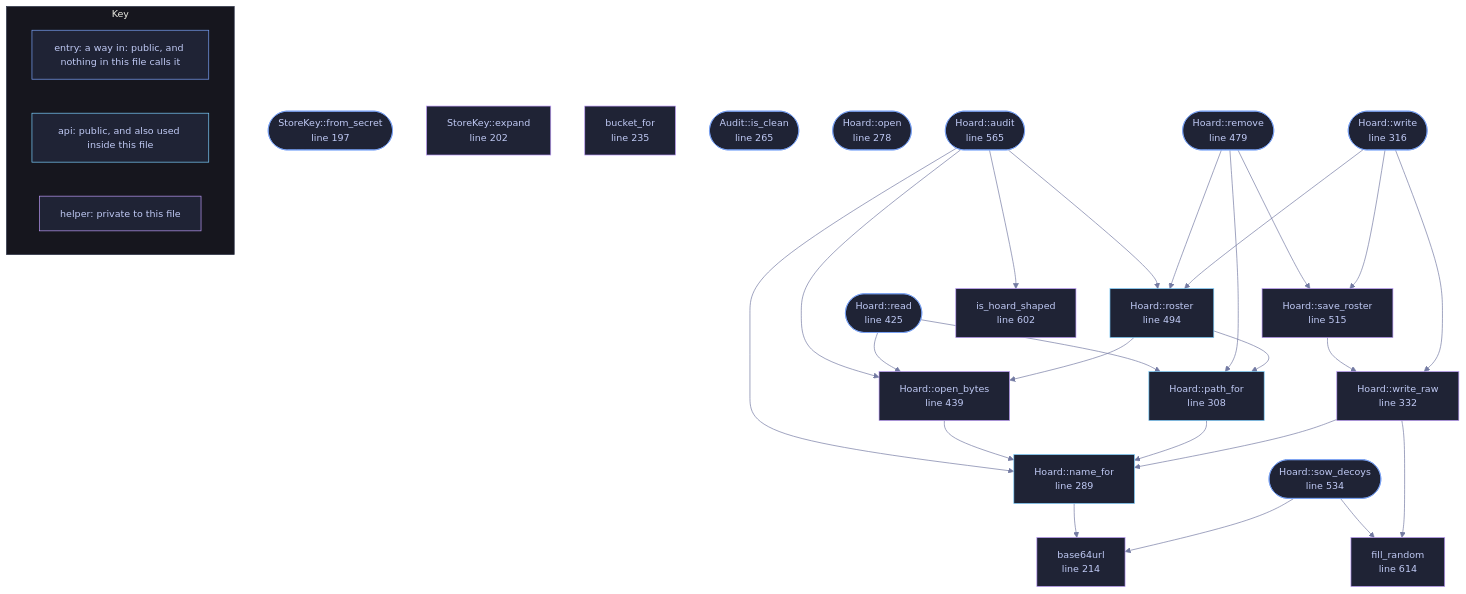
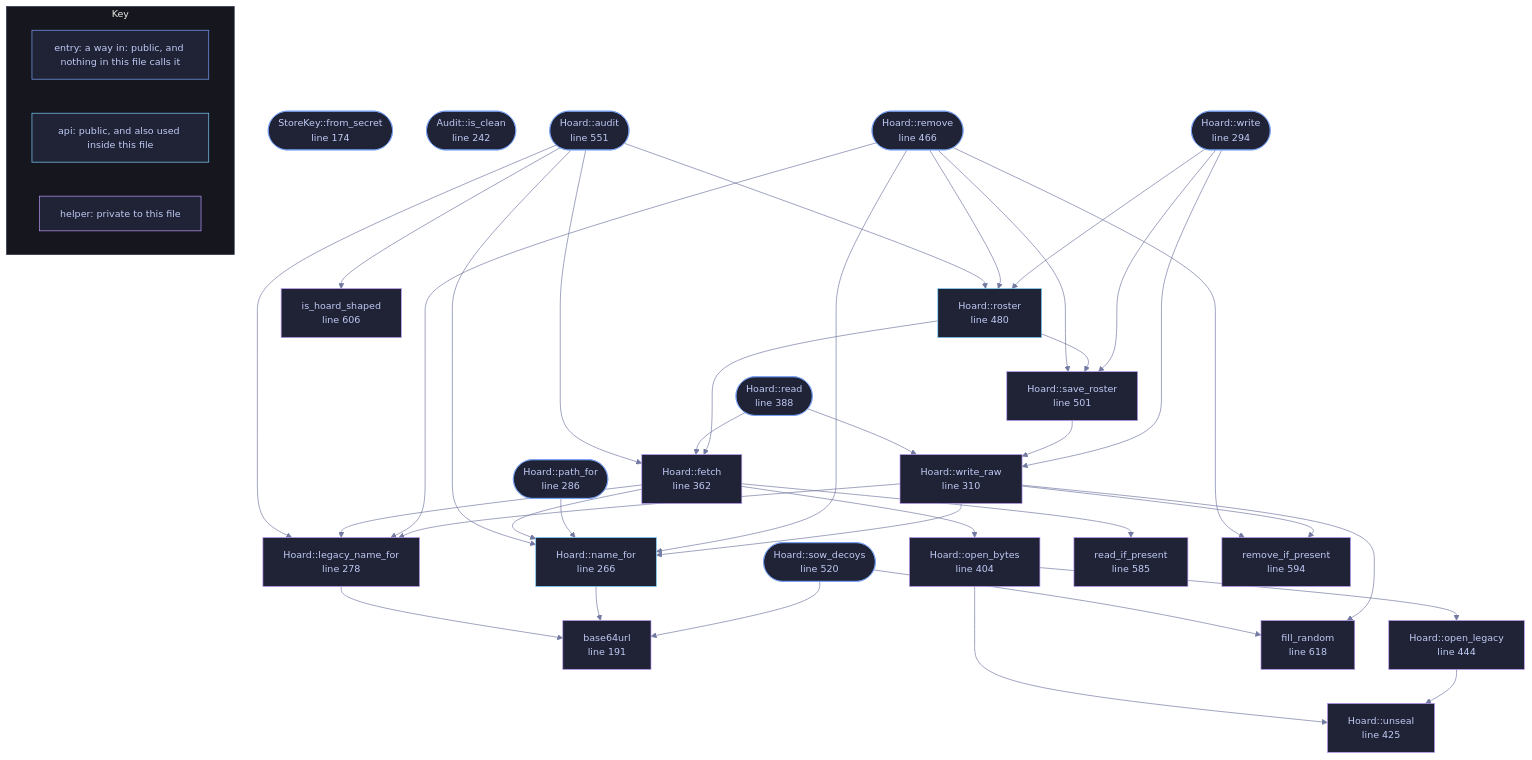
One commit to tilas01/veilvoice changed the diagram in docs/files/veilvoice-crypto/hoard.md. Above: the diagram before and after it, drawn with Mermaid. The commit also changed other lines of this file and 514 other files, not shown here.

````diff
--- a/docs/files/veilvoice-crypto/hoard.md
+++ b/docs/files/veilvoice-crypto/hoard.md
@@ -198,39 +192,52 @@
 ```mermaid
 %%{init: {"theme":"base","themeVariables":{"background":"#1a1b26","primaryColor":"#1f2335","primaryTextColor":"#c0caf5","primaryBorderColor":"#7aa2f7","secondaryColor":"#16161e","tertiaryColor":"#16161e","lineColor":"#737aa2","textColor":"#c0caf5","mainBkg":"#1f2335","nodeBorder":"#7aa2f7","clusterBkg":"#16161e","clusterBorder":"#2f3549","fontFamily":"ui-monospace, SFMono-Regular, Consolas, monospace","fontSize":"14px"}}}%%
 flowchart TD
-    n_from_secret(["StoreKey::from_secret<br/>line 197"])
-    n_expand["StoreKey::expand<br/>line 202"]
-    n_base64url["base64url<br/>line 214"]
-    n_bucket_for["bucket_for<br/>line 235"]
-    n_is_clean(["Audit::is_clean<br/>line 265"])
-    n_open(["Hoard::open<br/>line 278"])
-    n_name_for["Hoard::name_for<br/>line 289"]
-    n_path_for["Hoard::path_for<br/>line 308"]
-    n_write(["Hoard::write<br/>line 316"])
-    n_write_raw["Hoard::write_raw<br/>line 332"]
-    n_read(["Hoard::read<br/>line 425"])
-    n_open_bytes["Hoard::open_bytes<br/>line 439"]
-    n_remove(["Hoard::remove<br/>line 479"])
-    n_roster["Hoard::roster<br/>line 494"]
-    n_save_roster["Hoard::save_roster<br/>line 515"]
-    n_sow_decoys(["Hoard::sow_decoys<br/>line 534"])
-    n_audit(["Hoard::audit<br/>line 565"])
-    n_is_hoard_shaped["is_hoard_shaped<br/>line 602"]
-    n_fill_random["fill_random<br/>line 614"]
+    n_from_secret(["StoreKey::from_secret<br/>line 174"])
+    n_base64url["base64url<br/>line 191"]
+    n_is_clean(["Audit::is_clean<br/>line 242"])
+    n_name_for["Hoard::name_for<br/>line 266"]
+    n_legacy_name_for["Hoard::legacy_name_for<br/>line 278"]
+    n_path_for(["Hoard::path_for<br/>line 286"])
+    n_write(["Hoard::write<br/>line 294"])
+    n_write_raw["Hoard::write_raw<br/>line 310"]
+    n_fetch["Hoard::fetch<br/>line 362"]
+    n_read(["Hoard::read<br/>line 388"])
+    n_open_bytes["Hoard::open_bytes<br/>line 404"]
+    n_unseal["Hoard::unseal<br/>line 425"]
+    n_open_legacy["Hoard::open_legacy<br/>line 444"]
+    n_remove(["Hoard::remove<br/>line 466"])
+    n_roster["Hoard::roster<br/>line 480"]
+    n_save_roster["Hoard::save_roster<br/>line 501"]
+    n_sow_decoys(["Hoard::sow_decoys<br/>line 520"])
+    n_audit(["Hoard::audit<br/>line 551"])
+    n_read_if_present["read_if_present<br/>line 585"]
+    n_remove_if_present["remove_if_present<br/>line 594"]
+    n_is_hoard_shaped["is_hoard_shaped<br/>line 606"]
+    n_fill_random["fill_random<br/>line 618"]
+    n_audit --> n_fetch
     n_audit --> n_is_hoard_shaped
+    n_audit --> n_legacy_name_for
     n_audit --> n_name_for
-    n_audit --> n_open_bytes
     n_audit --> n_roster
+    n_fetch --> n_legacy_name_for
+    n_fetch --> n_name_for
+    n_fetch --> n_open_bytes
+    n_fetch --> n_read_if_present
+    n_legacy_name_for --> n_base64url
     n_name_for --> n_base64url
-    n_open_bytes --> n_name_for
+    n_open_bytes --> n_open_legacy
+    n_open_bytes --> n_unseal
+    n_open_legacy --> n_unseal
     n_path_for --> n_name_for
-    n_read --> n_open_bytes
-    n_read --> n_path_for
-    n_remove --> n_path_for
+    n_read --> n_fetch
+    n_read --> n_write_raw
+    n_remove --> n_legacy_name_for
+    n_remove --> n_name_for
+    n_remove --> n_remove_if_present
     n_remove --> n_roster
     n_remove --> n_save_roster
-    n_roster --> n_open_bytes
-    n_roster --> n_path_for
+    n_roster --> n_fetch
+    n_roster --> n_save_roster
     n_save_roster --> n_write_raw
     n_sow_decoys --> n_base64url
     n_sow_decoys --> n_fill_random
@@ -238,32 +245,37 @@
     n_write --> n_save_roster
     n_write --> n_write_raw
     n_write_raw --> n_fill_random
+    n_write_raw --> n_legacy_name_for
     n_write_raw --> n_name_for
-    click n_from_secret href "https://github.com/tilas01/veilvoice/blob/main/crates/veilvoice-crypto/src/hoard.rs#L197" "open the source"
-    click n_expand href "https://github.com/tilas01/veilvoice/blob/main/crates/veilvoice-crypto/src/hoard.rs#L202" "open the source"
-    click n_base64url href "https://github.com/tilas01/veilvoice/blob/main/crates/veilvoice-crypto/src/hoard.rs#L214" "open the source"
-    click n_bucket_for href "https://github.com/tilas01/veilvoice/blob/main/crates/veilvoice-crypto/src/hoard.rs#L235" "open the source"
-    click n_is_clean href "https://github.com/tilas01/veilvoice/blob/main/crates/veilvoice-crypto/src/hoard.rs#L265" "open the source"
-    click n_open href "https://github.com/tilas01/veilvoice/blob/main/crates/veilvoice-crypto/src/hoard.rs#L278" "open the source"
-    click n_name_for href "https://github.com/tilas01/veilvoice/blob/main/crates/veilvoice-crypto/src/hoard.rs#L289" "open the source"
-    click n_path_for href "https://github.com/tilas01/veilvoice/blob/main/crates/veilvoice-crypto/src/hoard.rs#L308" "open the source"
-    click n_write href "https://github.com/tilas01/veilvoice/blob/main/crates/veilvoice-crypto/src/hoard.rs#L316" "open the source"
-    click n_write_raw href "https://github.com/tilas01/veilvoice/blob/main/crates/veilvoice-crypto/src/hoard.rs#L332" "open the source"
-    click n_read href "https://github.com/tilas01/veilvoice/blob/main/crates/veilvoice-crypto/src/hoard.rs#L425" "open the source"
-    click n_open_bytes href "https://github.com/tilas01/veilvoice/blob/main/crates/veilvoice-crypto/src/hoard.rs#L439" "open the source"
-    click n_remove href "https://github.com/tilas01/veilvoice/blob/main/crates/veilvoice-crypto/src/hoard.rs#L479" "open the source"
-    click n_roster href "https://github.com/tilas01/veilvoice/blob/main/crates/veilvoice-crypto/src/hoard.rs#L494" "open the source"
-    click n_save_roster href "https://github.com/tilas01/veilvoice/blob/main/crates/veilvoice-crypto/src/hoard.rs#L515" "open the source"
-    click n_sow_decoys href "https://github.com/tilas01/veilvoice/blob/main/crates/veilvoice-crypto/src/hoard.rs#L534" "open the source"
-    click n_audit href "https://github.com/tilas01/veilvoice/blob/main/crates/veilvoice-crypto/src/hoard.rs#L565" "open the source"
-    click n_is_hoard_shaped href "https://github.com/tilas01/veilvoice/blob/main/crates/veilvoice-crypto/src/hoard.rs#L602" "open the source"
-    click n_fill_random href "https://github.com/tilas01/veilvoice/blob/main/crates/veilvoice-crypto/src/hoard.rs#L614" "open the source"
+    n_write_raw --> n_remove_if_present
+    click n_from_secret href "https://github.com/tilas01/veilvoice/blob/main/crates/veilvoice-crypto/src/hoard.rs#L174" "open the source"
+    click n_base64url href "https://github.com/tilas01/veilvoice/blob/main/crates/veilvoice-crypto/src/hoard.rs#L191" "open the source"
+    click n_is_clean href "https://github.com/tilas01/veilvoice/blob/main/crates/veilvoice-crypto/src/hoard.rs#L242" "open the source"
+    click n_name_for href "https://github.com/tilas01/veilvoice/blob/main/crates/veilvoice-crypto/src/hoard.rs#L266" "open the source"
+    click n_legacy_name_for href "https://github.com/tilas01/veilvoice/blob/main/crates/veilvoice-crypto/src/hoard.rs#L278" "open the source"
+    click n_path_for href "https://github.com/tilas01/veilvoice/blob/main/crates/veilvoice-crypto/src/hoard.rs#L286" "open the source"
+    click n_write href "https://github.com/tilas01/veilvoice/blob/main/crates/veilvoice-crypto/src/hoard.rs#L294" "open the source"
+    click n_write_raw href "https://github.com/tilas01/veilvoice/blob/main/crates/veilvoice-crypto/src/hoard.rs#L310" "open the source"
+    click n_fetch href "https://github.com/tilas01/veilvoice/blob/main/crates/veilvoice-crypto/src/hoard.rs#L362" "open the source"
+    click n_read href "https://github.com/tilas01/veilvoice/blob/main/crates/veilvoice-crypto/src/hoard.rs#L388" "open the source"
+    click n_open_bytes href "https://github.com/tilas01/veilvoice/blob/main/crates/veilvoice-crypto/src/hoard.rs#L404" "open the source"
+    click n_unseal href "https://github.com/tilas01/veilvoice/blob/main/crates/veilvoice-crypto/src/hoard.rs#L425" "open the source"
+    click n_open_legacy href "https://github.com/tilas01/veilvoice/blob/main/crates/veilvoice-crypto/src/hoard.rs#L444" "open the source"
+    click n_remove href "https://github.com/tilas01/veilvoice/blob/main/crates/veilvoice-crypto/src/hoard.rs#L466" "open the source"
+    click n_roster href "https://github.com/tilas01/veilvoice/blob/main/crates/veilvoice-crypto/src/hoard.rs#L480" "open the source"
+    click n_save_roster href "https://github.com/tilas01/veilvoice/blob/main/crates/veilvoice-crypto/src/hoard.rs#L501" "open the source"
+    click n_sow_decoys href "https://github.com/tilas01/veilvoice/blob/main/crates/veilvoice-crypto/src/hoard.rs#L520" "open the source"
+    click n_audit href "https://github.com/tilas01/veilvoice/blob/main/crates/veilvoice-crypto/src/hoard.rs#L551" "open the source"
+    click n_read_if_present href "https://github.com/tilas01/veilvoice/blob/main/crates/veilvoice-crypto/src/hoard.rs#L585" "open the source"
+    click n_remove_if_present href "https://github.com/tilas01/veilvoice/blob/main/crates/veilvoice-crypto/src/hoard.rs#L594" "open the source"
+    click n_is_hoard_shaped href "https://github.com/tilas01/veilvoice/blob/main/crates/veilvoice-crypto/src/hoard.rs#L606" "open the source"
+    click n_fill_random href "https://github.com/tilas01/veilvoice/blob/main/crates/veilvoice-crypto/src/hoard.rs#L618" "open the source"
     classDef entry fill:#1f2335,stroke:#7aa2f7,color:#c0caf5
-    class n_from_secret,n_is_clean,n_open,n_write,n_read,n_remove,n_sow_decoys,n_audit entry
+    class n_from_secret,n_is_clean,n_path_for,n_write,n_read,n_remove,n_sow_decoys,n_audit entry
     classDef api fill:#1f2335,stroke:#7dcfff,color:#c0caf5
-    class n_name_for,n_path_for,n_roster api
+    class n_name_for,n_roster api
     classDef helper fill:#1f2335,stroke:#bb9af7,color:#c0caf5
-    class n_expand,n_base64url,n_bucket_for,n_write_raw,n_open_bytes,n_save_roster,n_is_hoard_shaped,n_fill_random helper
+    class n_base64url,n_legacy_name_for,n_write_raw,n_fetch,n_open_bytes,n_unseal,n_open_legacy,n_save_roster,n_read_if_present,n_remove_if_present,n_is_hoard_shaped,n_fill_random helper
     subgraph chart_key ["Key"]
         direction LR
         key_entry["entry: a way in: public, and nothing in this file calls it"]
````
